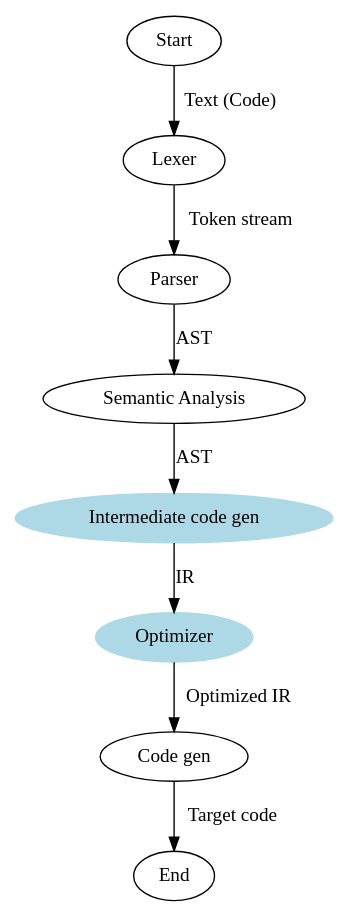
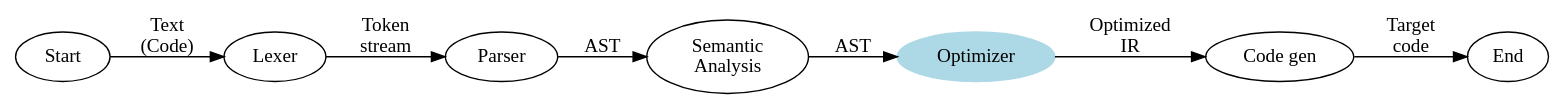
Before and after one commit to luc-tielen/talks: the diagram in ast_transforms/schematics/compiler_structure2.dot, drawn with Graphviz. The commit also changed 14 other files, not shown here.

```diff
--- a/ast_transforms/schematics/compiler_structure2.dot
+++ b/ast_transforms/schematics/compiler_structure2.dot
@@ -1,12 +1,12 @@
 digraph {
-  "Intermediate code gen" [style=filled color="lightblue"];
+  rankdir = "LR";
+
   Optimizer [style=filled color="lightblue"];
 
-  Start -> Lexer [label="Text (Code)"];
-  Lexer -> Parser [label="Token stream"];
-  Parser -> "Semantic Analysis" [label="AST"];
-  "Semantic Analysis" -> "Intermediate code gen" [label="AST"];
-  "Intermediate code gen" -> Optimizer [label="IR"];
-  Optimizer -> "Code gen" [label="Optimized IR"];
-  "Code gen" -> End [label="Target code"]
+  Start -> Lexer [label="Text\n(Code)"];
+  Lexer -> Parser [label="Token\nstream"];
+  Parser -> "Semantic\nAnalysis" [label="AST"];
+  "Semantic\nAnalysis" -> Optimizer [label="AST"];
+  Optimizer -> "Code gen" [label="Optimized\nIR"];
+  "Code gen" -> End [label="Target\ncode"]
 }
```
